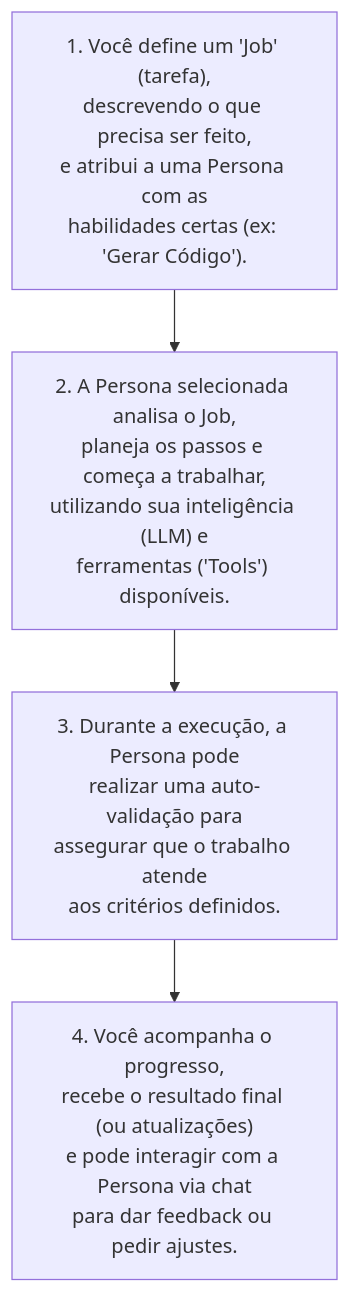
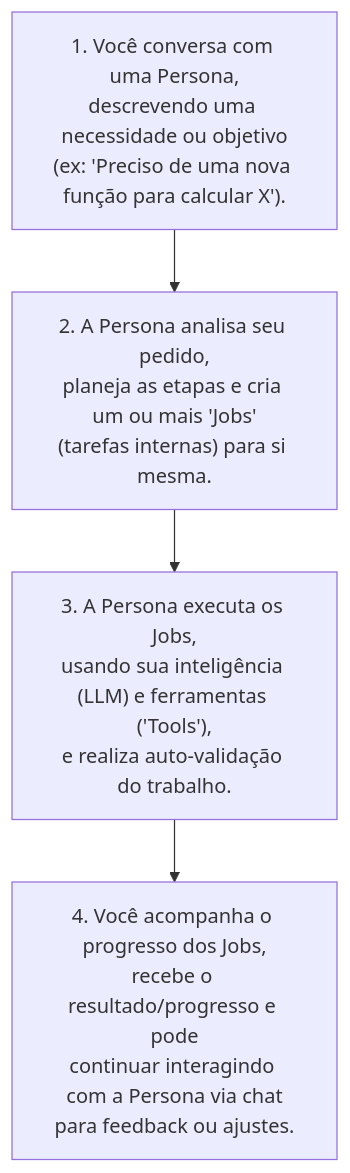
Before and after one commit to HD220/project-wiz: the diagram in docs/new_docs/briefing/explicacao_usuario_final.md, drawn with Mermaid. The commit also changed other lines of this file and 9 other files, not shown here.

````diff
--- a/docs/new_docs/briefing/explicacao_usuario_final.md
+++ b/docs/new_docs/briefing/explicacao_usuario_final.md
@@ -15,6 +15,6 @@
 ```mermaid
 graph TD
-    A["1. Você define um 'Job' (tarefa),<br>descrevendo o que precisa ser feito,<br>e atribui a uma Persona com as<br>habilidades certas (ex: 'Gerar Código')."] --> B["2. A Persona selecionada analisa o Job,<br>planeja os passos e começa a trabalhar,<br>utilizando sua inteligência (LLM) e<br>ferramentas ('Tools') disponíveis."];
-    B --> C["3. Durante a execução, a Persona pode<br>realizar uma auto-validação para<br>assegurar que o trabalho atende<br>aos critérios definidos."];
-    C --> D["4. Você acompanha o progresso,<br>recebe o resultado final (ou atualizações)<br>e pode interagir com a Persona via chat<br>para dar feedback ou pedir ajustes."];
+    A["1. Você conversa com uma Persona,<br>descrevendo uma necessidade ou objetivo<br>(ex: 'Preciso de uma nova função para calcular X')."] --> B["2. A Persona analisa seu pedido,<br>planeja as etapas e cria um ou mais 'Jobs'<br>(tarefas internas) para si mesma."];
+    B --> C["3. A Persona executa os Jobs,<br>usando sua inteligência (LLM) e ferramentas ('Tools'),<br>e realiza auto-validação do trabalho."];
+    C --> D["4. Você acompanha o progresso dos Jobs,<br>recebe o resultado/progresso e pode<br>continuar interagindo com a Persona via chat<br>para feedback ou ajustes."];
 ```
````
